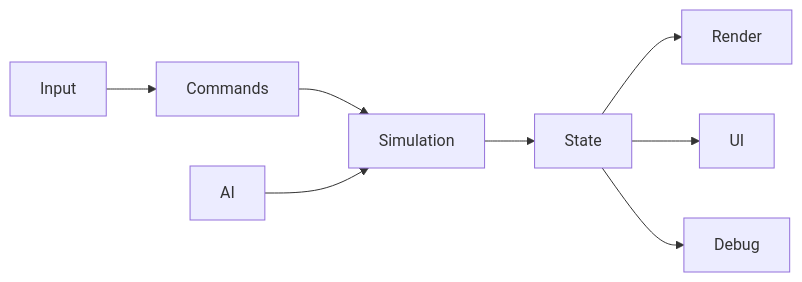
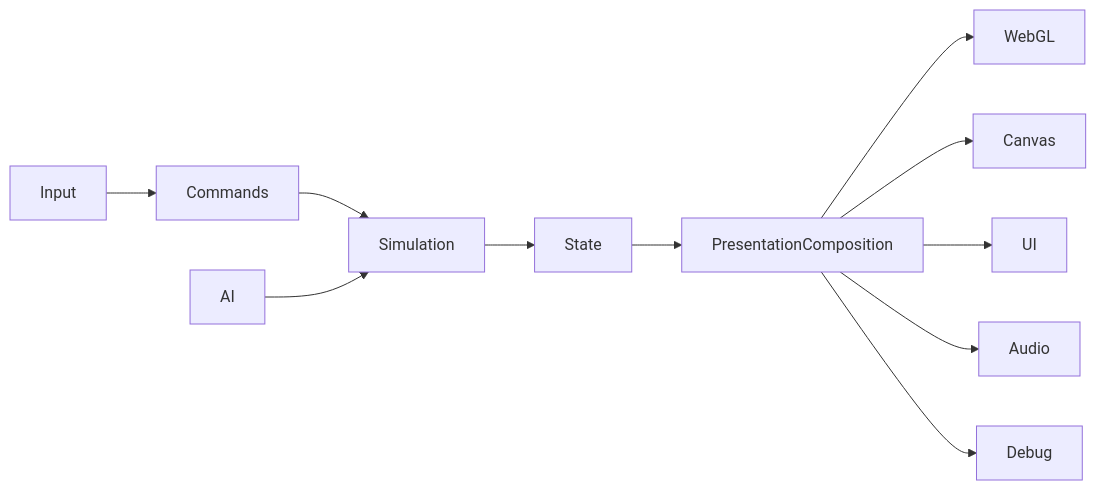
One commit to hungtvb/-tony-football changed the diagram in docs/05_ARCHITECTURE.md. Above: the diagram before and after it, drawn with Mermaid. The commit also changed other lines of this file and 4 other files, not shown here.

````diff
--- a/docs/05_ARCHITECTURE.md
+++ b/docs/05_ARCHITECTURE.md
@@ -11,10 +12,13 @@
 ```mermaid
 flowchart LR
 Input --> Commands
 Commands --> Simulation
 AI --> Simulation
 Simulation --> State
-State --> Render
-State --> UI
-State --> Debug
+State --> PresentationComposition
+PresentationComposition --> WebGL
+PresentationComposition --> Canvas
+PresentationComposition --> UI
+PresentationComposition --> Audio
+PresentationComposition --> Debug
 ```
````
